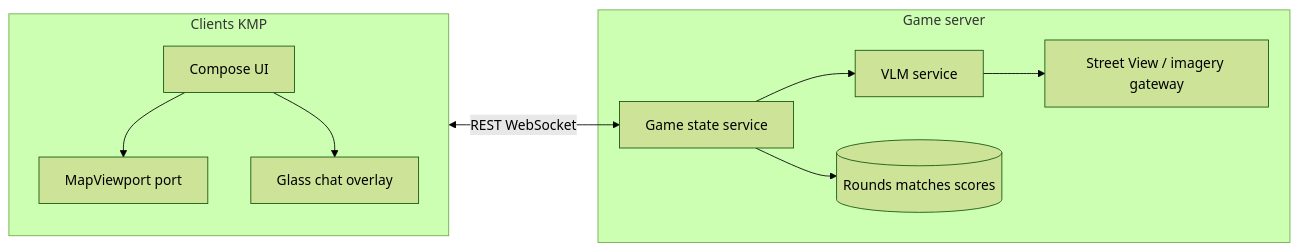
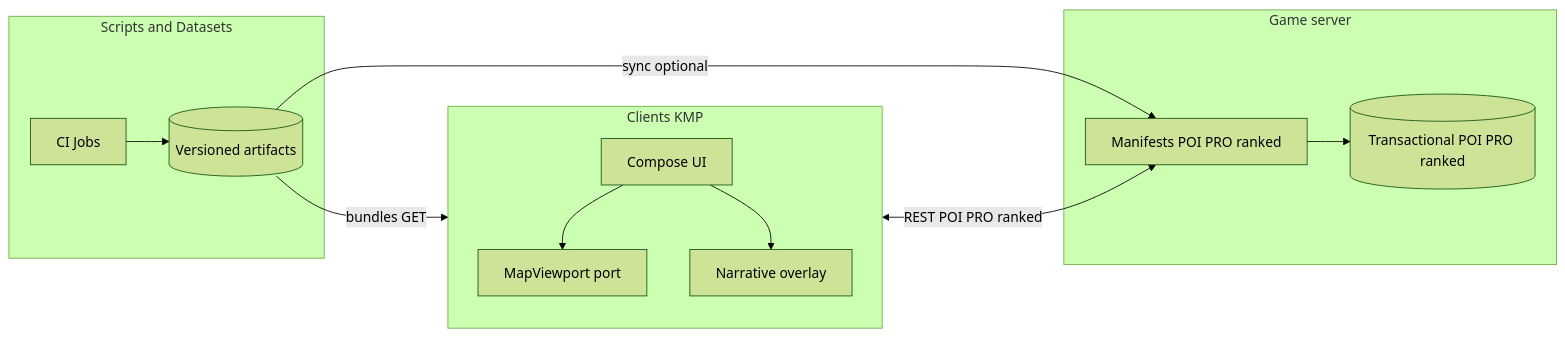
Before and after one commit to Josephrp/nutonic: the diagram in docs/GAME-ENGINE.md, drawn with Mermaid (forest theme). The commit also changed other lines of this file and 46 other files, not shown here.

````diff
--- a/docs/GAME-ENGINE.md
+++ b/docs/GAME-ENGINE.md
@@ -51,22 +71,26 @@
 ```mermaid
 flowchart LR
   subgraph clients [Clients KMP]
     UI[Compose UI]
     Map[MapViewport port]
-    Chat[Glass chat overlay]
+    Overlay[Narrative overlay]
     UI --> Map
-    UI --> Chat
+    UI --> Overlay
   end
 
   subgraph server [Game server]
-    GS[Game state service]
-    VLM[VLM service]
-    SV[Street View / imagery gateway]
-    DB[(Rounds matches scores)]
+    GS[Manifests POI PRO ranked]
+    DB[(Transactional POI PRO ranked)]
     GS --> DB
-    GS --> VLM
-    VLM --> SV
   end
 
-  clients <-->|REST WebSocket| GS
+  subgraph cache [Scripts and Datasets]
+    JOB[CI Jobs]
+    DS[(Versioned artifacts)]
+    JOB --> DS
+  end
+
+  DS -->|bundles GET| clients
+  DS -->|sync optional| GS
+  clients <-->|REST POI PRO ranked| GS
 ```
````
